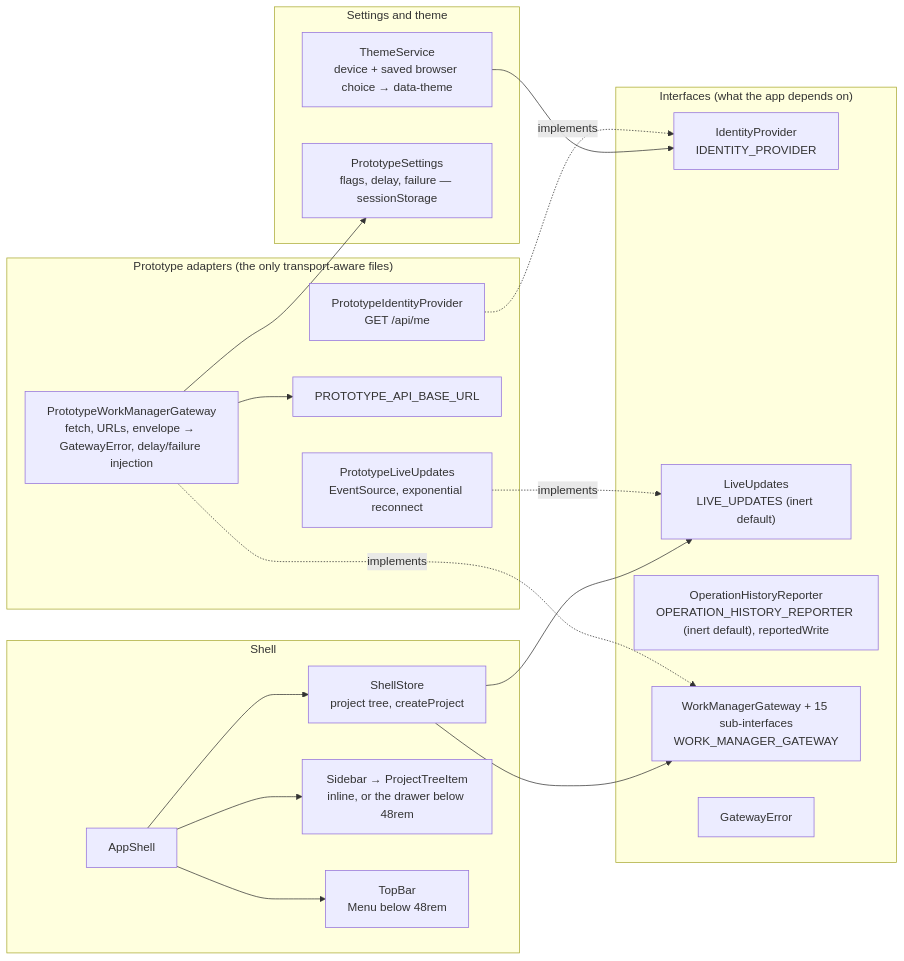
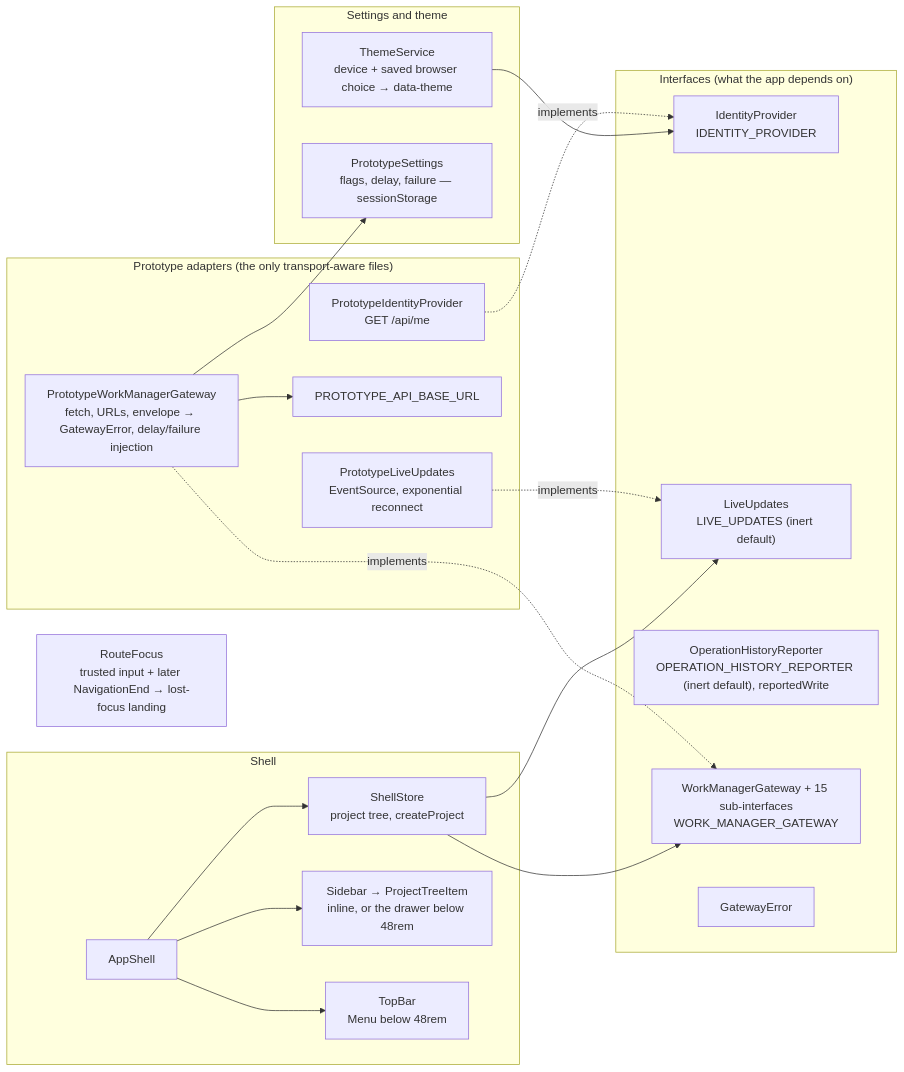
One commit to CalciteDragon/Canvas-work-manager-prototype changed the first of 2 diagrams in docs/architecture/web/core/what.md. Above: the diagram before and after it, drawn with Mermaid. The commit also changed other lines of this file and 132 other files, not shown here.

````diff
--- a/docs/architecture/web/core/what.md
+++ b/docs/architecture/web/core/what.md
@@ -5,35 +5,36 @@
 ```mermaid
 flowchart LR
   subgraph ports["Interfaces (what the app depends on)"]
     id["IdentityProvider<br/>IDENTITY_PROVIDER"]
     lu["LiveUpdates<br/>LIVE_UPDATES (inert default)"]
     rep["OperationHistoryReporter<br/>OPERATION_HISTORY_REPORTER (inert default), reportedWrite"]
     gw["WorkManagerGateway + 15 sub-interfaces<br/>WORK_MANAGER_GATEWAY"]
     err["GatewayError"]
   end
   subgraph adapters["Prototype adapters (the only transport-aware files)"]
     pid["PrototypeIdentityProvider<br/>GET /api/me"]
     pgw["PrototypeWorkManagerGateway<br/>fetch, URLs, envelope → GatewayError, delay/failure injection"]
     cfg["PROTOTYPE_API_BASE_URL"]
     plu["PrototypeLiveUpdates<br/>EventSource, exponential reconnect"]
   end
   subgraph settings["Settings and theme"]
     th["ThemeService<br/>device + saved browser choice → data-theme"]
     ps["PrototypeSettings<br/>flags, delay, failure — sessionStorage"]
   end
+  routeFocus["RouteFocus<br/>trusted input + later NavigationEnd → lost-focus landing"]
   subgraph shell["Shell"]
     as["AppShell"]
     ss["ShellStore<br/>project tree, createProject"]
     sb["Sidebar → ProjectTreeItem<br/>inline, or the drawer below 48rem"]
     tb["TopBar<br/>Menu below 48rem"]
   end
   pgw -. implements .-> gw
   pid -. implements .-> id
   plu -. implements .-> lu
   pgw --> cfg
   pgw --> ps
   as --> ss --> gw
   ss --> lu
   as --> sb & tb
   th --> id
 ```
````
